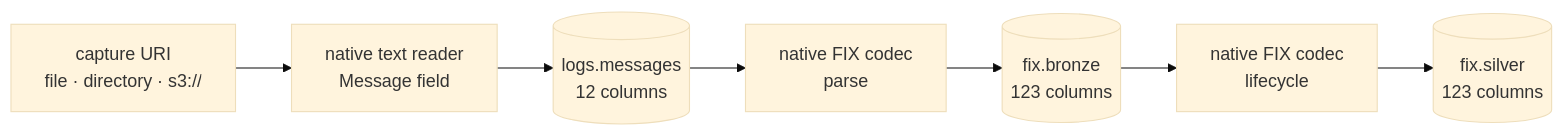
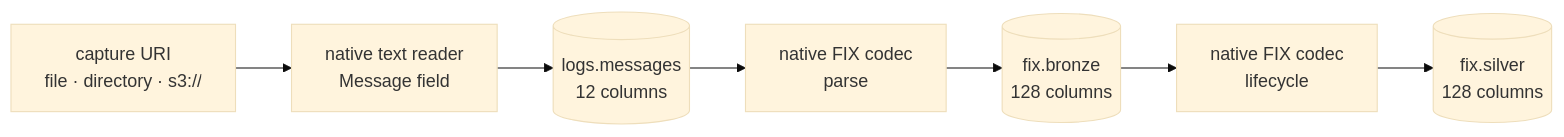
The diagram in docs/index.md (Platob/yggfin), drawn with Mermaid (base theme) before and after one commit. The commit also changed other lines of this file and 56 other files, not shown here.

````diff
--- a/docs/index.md
+++ b/docs/index.md
@@ -40,9 +40,9 @@
 ```mermaid
 flowchart LR
     S["capture URI<br/>file · directory · s3://"] --> T["native text reader<br/>Message field"]
     T --> M[("logs.messages<br/>12 columns")]
     M --> F["native FIX codec<br/>parse"]
-    F --> B[("fix.bronze<br/>123 columns")]
+    F --> B[("fix.bronze<br/>128 columns")]
     B --> L["native FIX codec<br/>lifecycle"]
-    L --> O[("fix.silver<br/>123 columns")]
+    L --> O[("fix.silver<br/>128 columns")]
 ```
````
